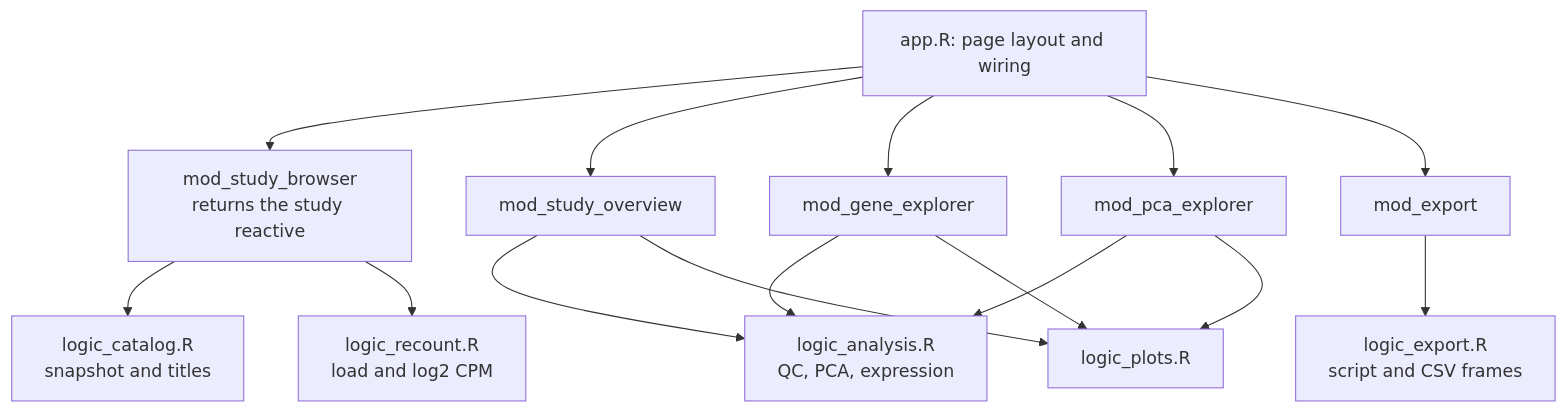
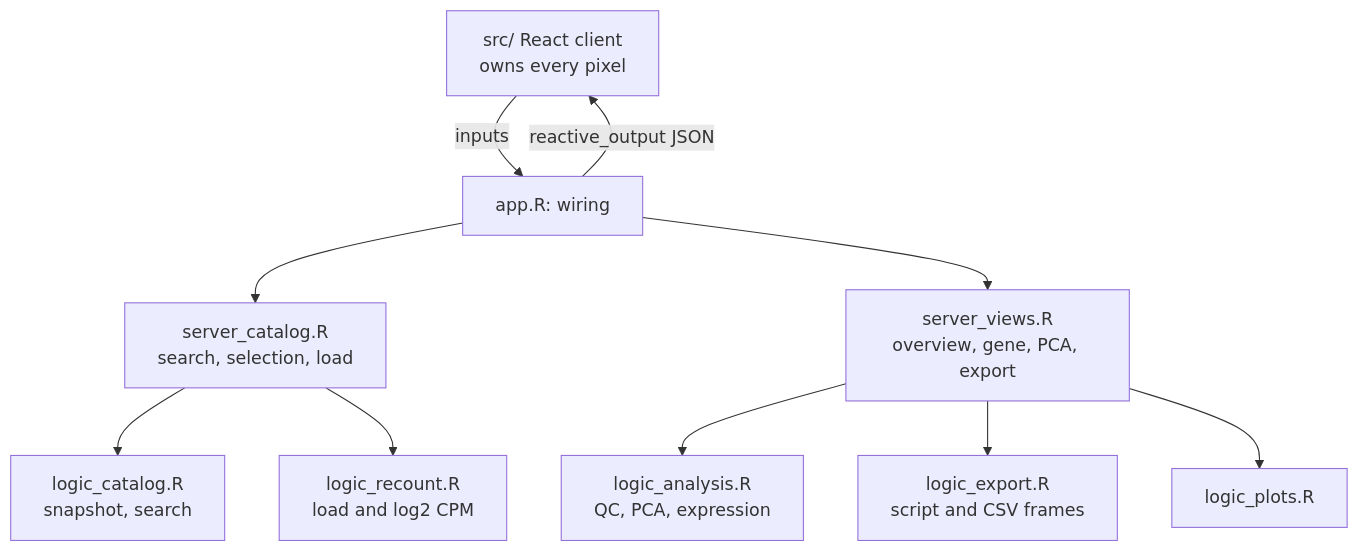
The fourth of 4 diagrams in docs/design.md (samuelbharti/recount-explorer), drawn with Mermaid before and after one commit. The commit also changed other lines of this file and 41 other files, not shown here.

````diff
--- a/docs/design.md
+++ b/docs/design.md
@@ -153,18 +157,13 @@
 ```mermaid
 flowchart TD
-    app["app.R: page layout and wiring"]
-    app --> browser["mod_study_browser<br/>returns the study reactive"]
-    app --> overview["mod_study_overview"]
-    app --> gene["mod_gene_explorer"]
-    app --> pca["mod_pca_explorer"]
-    app --> export["mod_export"]
-    browser --> logic0["logic_catalog.R<br/>snapshot and titles"]
+    client["src/ React client<br/>owns every pixel"]
+    client -->|"inputs"| app["app.R: wiring"]
+    app -->|"reactive_output JSON"| client
+    app --> browser["server_catalog.R<br/>search, selection, load"]
+    app --> views["server_views.R<br/>overview, gene, PCA, export"]
+    browser --> logic0["logic_catalog.R<br/>snapshot, search"]
     browser --> logic1["logic_recount.R<br/>load and log2 CPM"]
-    overview --> logic2["logic_analysis.R<br/>QC, PCA, expression"]
-    gene --> logic2
-    pca --> logic2
-    export --> logic3["logic_export.R<br/>script and CSV frames"]
-    gene --> logic4["logic_plots.R"]
-    pca --> logic4
-    overview --> logic4
+    views --> logic2["logic_analysis.R<br/>QC, PCA, expression"]
+    views --> logic3["logic_export.R<br/>script and CSV frames"]
+    views --> logic4["logic_plots.R"]
 ```
````
